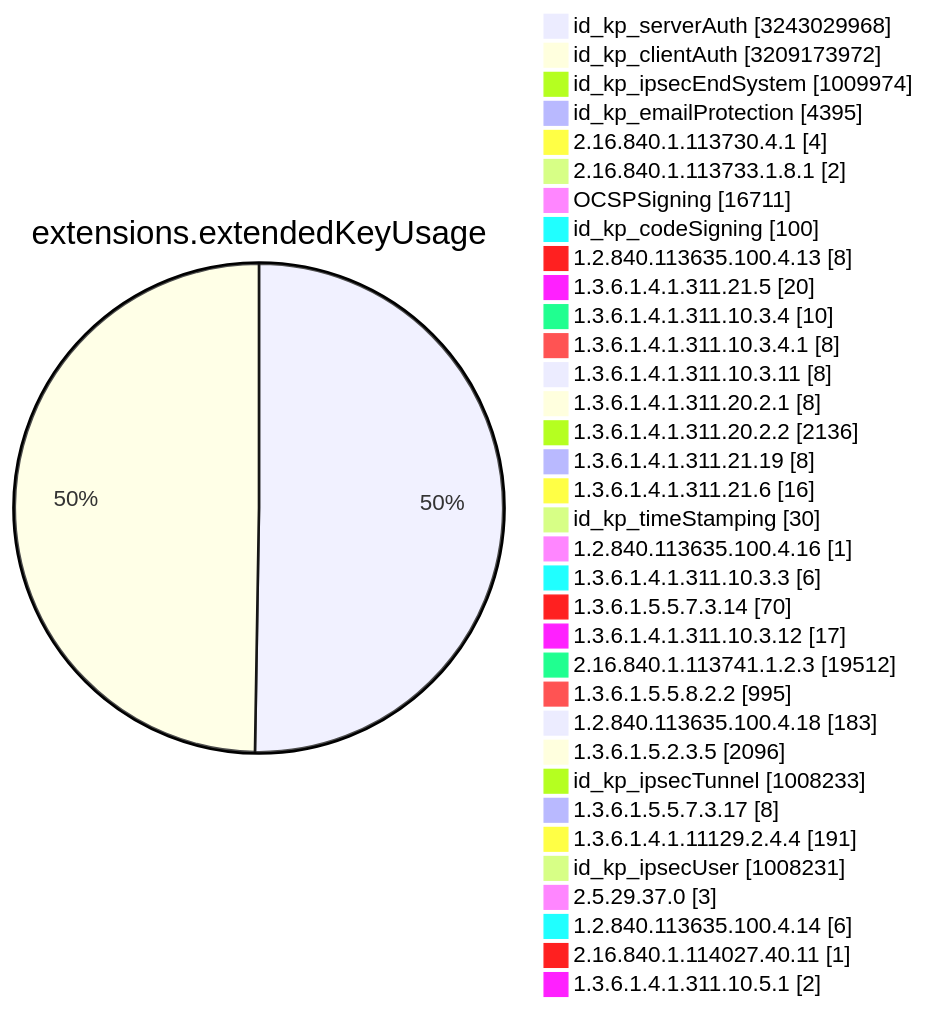
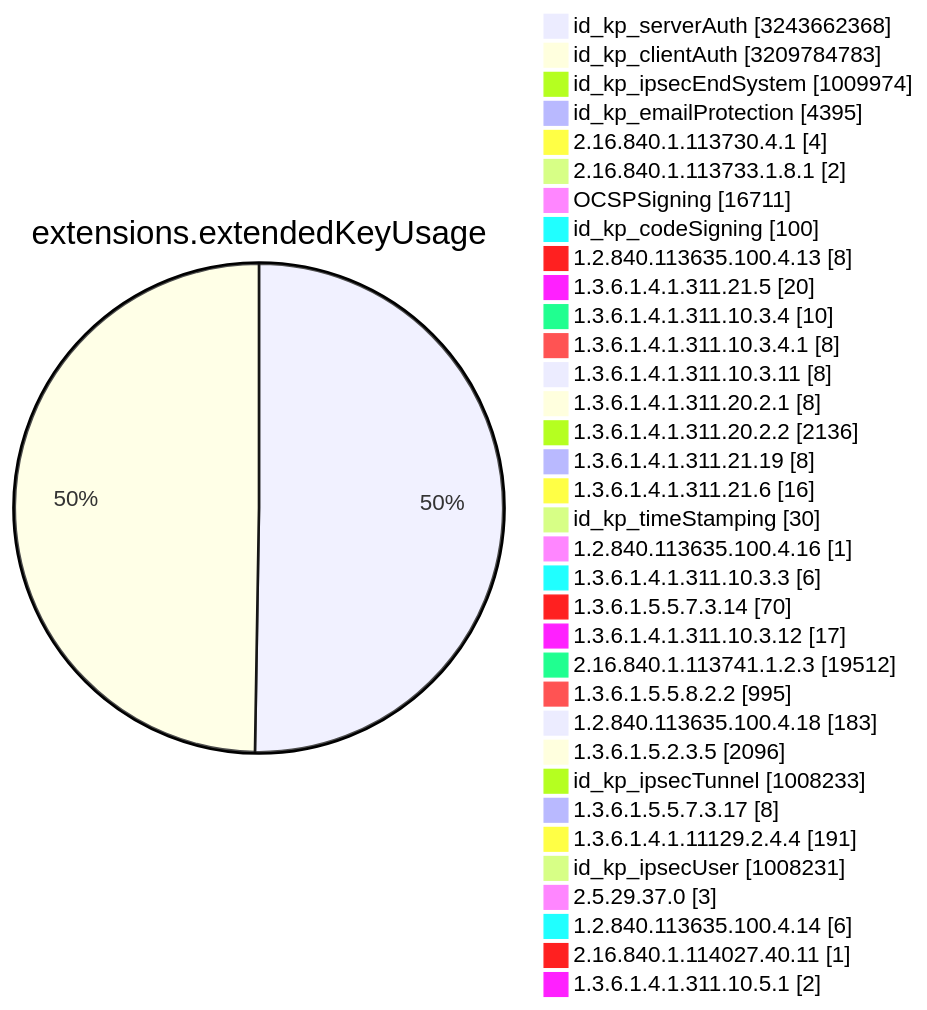
Before and after one commit to christiankrug/ctmonitor_visualization: diagram 11 of 15 in TOTAL/README.md, drawn with Mermaid. The commit also changed other lines of this file, not shown here.

````diff
--- a/TOTAL/README.md
+++ b/TOTAL/README.md
@@ -4119,38 +4119,38 @@
 ```mermaid
 pie showData
 title extensions.extendedKeyUsage
-"id_kp_serverAuth" :3243029968
-"id_kp_clientAuth" :3209173972
+"id_kp_serverAuth" :3243662368
+"id_kp_clientAuth" :3209784783
 "id_kp_ipsecEndSystem" :1009974
 "id_kp_emailProtection" :4395
 "2.16.840.1.113730.4.1" :4
 "2.16.840.1.113733.1.8.1" :2
 "OCSPSigning" :16711
 "id_kp_codeSigning" :100
 "1.2.840.113635.100.4.13" :8
 "1.3.6.1.4.1.311.21.5" :20
 "1.3.6.1.4.1.311.10.3.4" :10
 "1.3.6.1.4.1.311.10.3.4.1" :8
 "1.3.6.1.4.1.311.10.3.11" :8
 "1.3.6.1.4.1.311.20.2.1" :8
 "1.3.6.1.4.1.311.20.2.2" :2136
 "1.3.6.1.4.1.311.21.19" :8
 "1.3.6.1.4.1.311.21.6" :16
 "id_kp_timeStamping" :30
 "1.2.840.113635.100.4.16" :1
 "1.3.6.1.4.1.311.10.3.3" :6
 "1.3.6.1.5.5.7.3.14" :70
 "1.3.6.1.4.1.311.10.3.12" :17
 "2.16.840.1.113741.1.2.3" :19512
 "1.3.6.1.5.5.8.2.2" :995
 "1.2.840.113635.100.4.18" :183
 "1.3.6.1.5.2.3.5" :2096
 "id_kp_ipsecTunnel" :1008233
 "1.3.6.1.5.5.7.3.17" :8
 "1.3.6.1.4.1.11129.2.4.4" :191
 "id_kp_ipsecUser" :1008231
 "2.5.29.37.0" :3
 "1.2.840.113635.100.4.14" :6
 "2.16.840.1.114027.40.11" :1
 "1.3.6.1.4.1.311.10.5.1" :2
 ```
````
